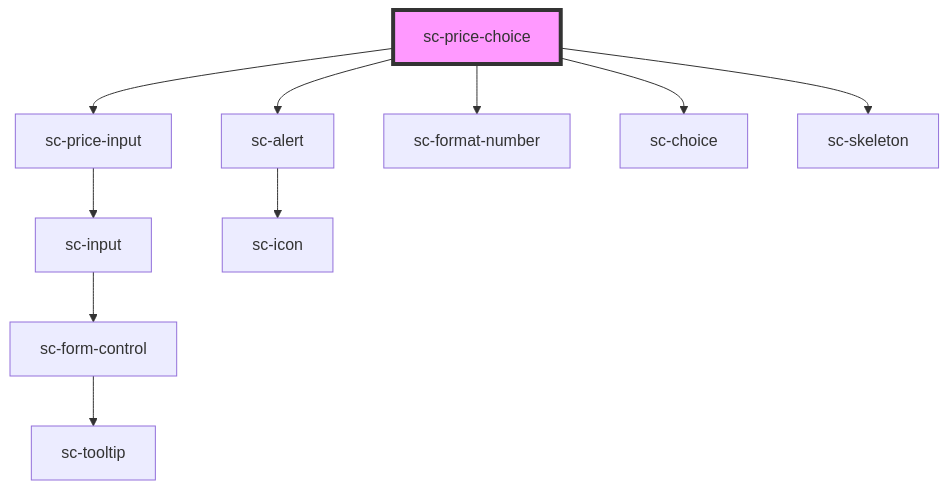
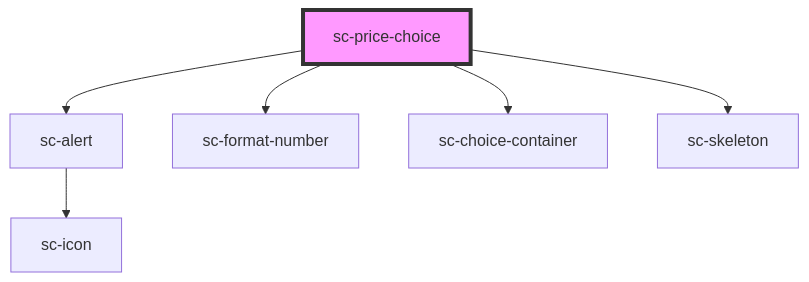
Before and after one commit to surecart/surecart-wp-plugin: the diagram in packages/components/src/components/controllers/checkout-form/price-choice/readme.md, drawn with Mermaid. The commit also changed other lines of this file and 12 other files, not shown here.

````diff
--- a/packages/components/src/components/controllers/checkout-form/price-choice/readme.md
+++ b/packages/components/src/components/controllers/checkout-form/price-choice/readme.md
@@ -50,13 +50,9 @@
 ```mermaid
 graph TD;
-  sc-price-choice --> sc-price-input
   sc-price-choice --> sc-alert
   sc-price-choice --> sc-format-number
-  sc-price-choice --> sc-choice
+  sc-price-choice --> sc-choice-container
   sc-price-choice --> sc-skeleton
-  sc-price-input --> sc-input
-  sc-input --> sc-form-control
-  sc-form-control --> sc-tooltip
   sc-alert --> sc-icon
   style sc-price-choice fill:#f9f,stroke:#333,stroke-width:4px
 ```
````
